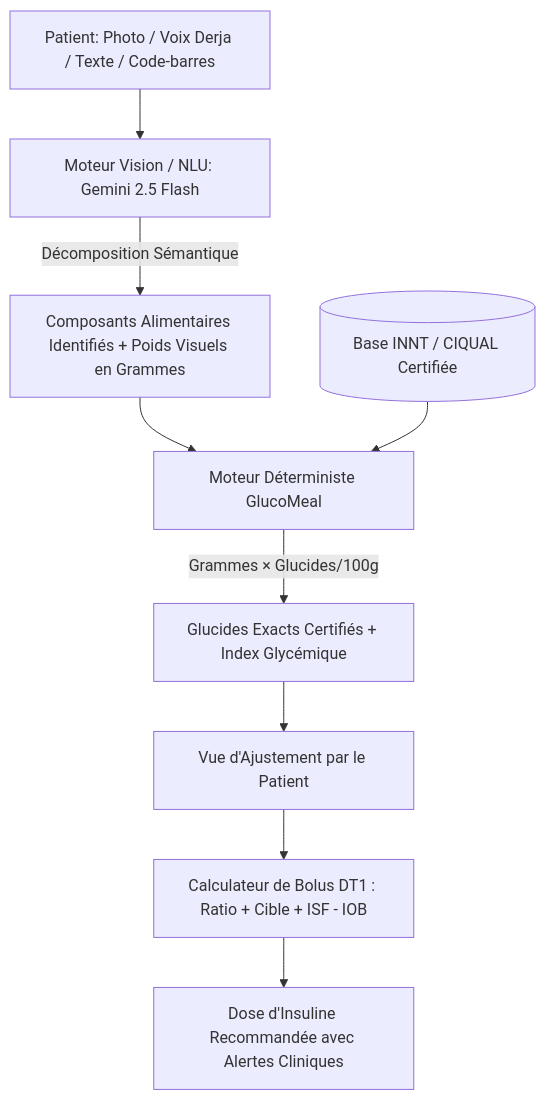
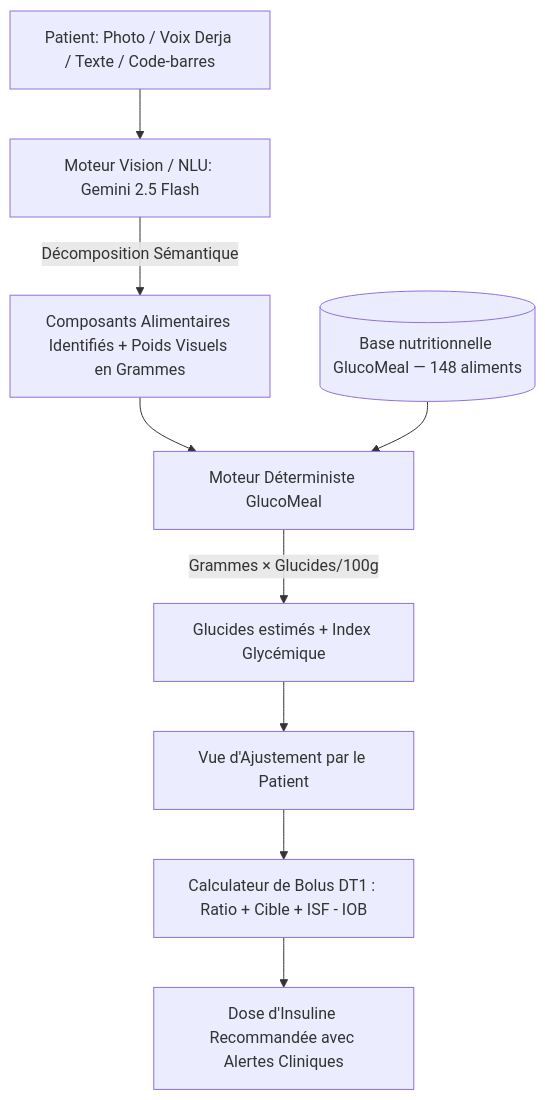
One commit to mormox2/GlucoMeal.ai changed the diagram in README.md. Above: the diagram before and after it, drawn with Mermaid. The commit also changed other lines of this file and 18 other files, not shown here.

````diff
--- a/README.md
+++ b/README.md
@@ -63,11 +67,11 @@
 ```mermaid
 flowchart TD
     A[Patient: Photo / Voix Derja / Texte / Code-barres] --> B[Moteur Vision / NLU: Gemini 2.5 Flash]
     B -->|Décomposition Sémantique| C[Composants Alimentaires Identifiés + Poids Visuels en Grammes]
     C --> D[Moteur Déterministe GlucoMeal]
-    E[(Base INNT / CIQUAL Certifiée)] --> D
-    D -->|Grammes × Glucides/100g| F[Glucides Exacts Certifiés + Index Glycémique]
+    E[(Base nutritionnelle GlucoMeal — 148 aliments)] --> D
+    D -->|Grammes × Glucides/100g| F[Glucides estimés + Index Glycémique]
     F --> G[Vue d'Ajustement par le Patient]
     G --> H[Calculateur de Bolus DT1 : Ratio + Cible + ISF - IOB]
     H --> I[Dose d'Insuline Recommandée avec Alertes Cliniques]
 ```
````
